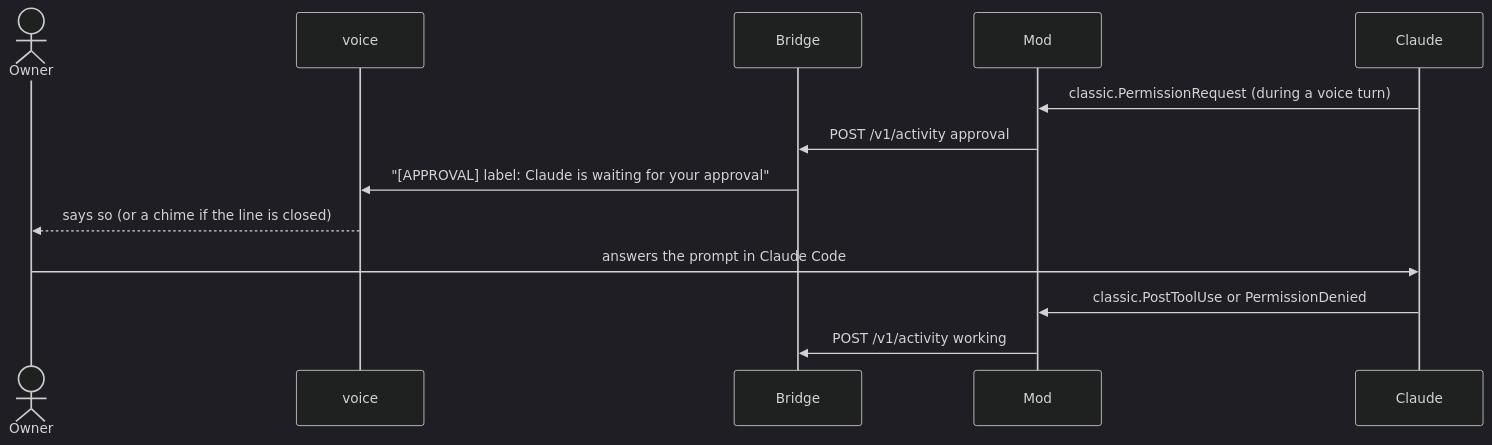
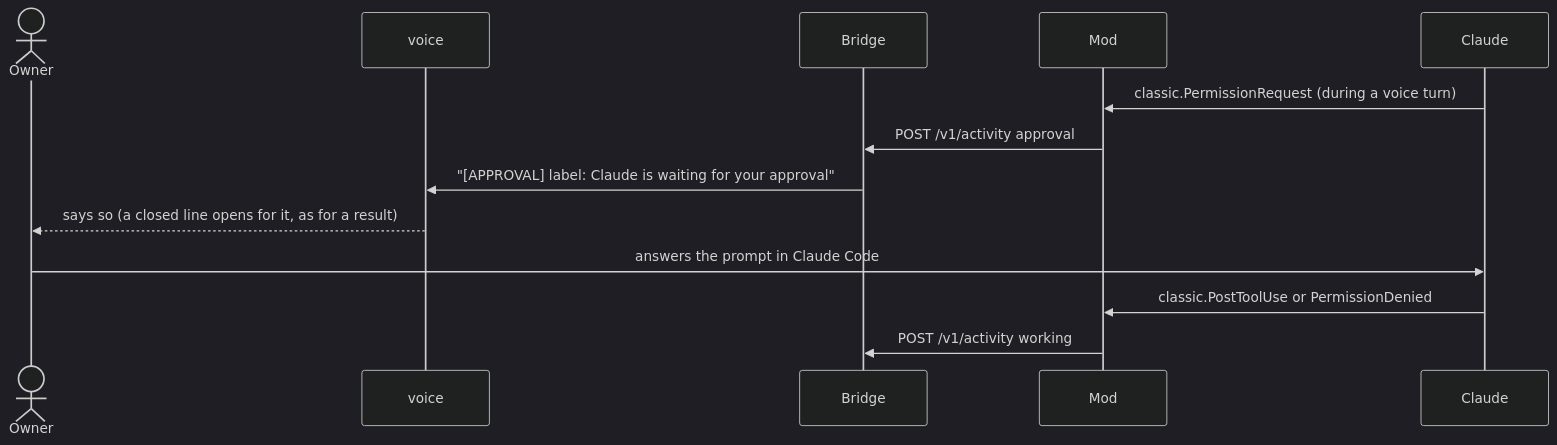
One commit to Nezhinskiy/claude-gpt-live-bridge changed the seventh of 8 diagrams in docs/architecture/overview.md. Above: the diagram before and after it, drawn with Mermaid (dark theme). The commit also changed other lines of this file and 7 other files, not shown here.

First line of the commit message:
feat(app): a result for a handed-off request opens the closed line

````diff
--- a/docs/architecture/overview.md
+++ b/docs/architecture/overview.md
@@ -297,15 +305,15 @@
 ```mermaid
 sequenceDiagram
   actor Owner
   participant Codex as voice
   participant Bridge
   participant Mod
   participant Claude
   Claude->>Mod: classic.PermissionRequest (during a voice turn)
   Mod->>Bridge: POST /v1/activity approval
   Bridge->>Codex: "[APPROVAL] label: Claude is waiting for your approval"
-  Codex-->>Owner: says so (or a chime if the line is closed)
+  Codex-->>Owner: says so (a closed line opens for it, as for a result)
   Owner->>Claude: answers the prompt in Claude Code
   Claude->>Mod: classic.PostToolUse or PermissionDenied
   Mod->>Bridge: POST /v1/activity working
 ```
````
